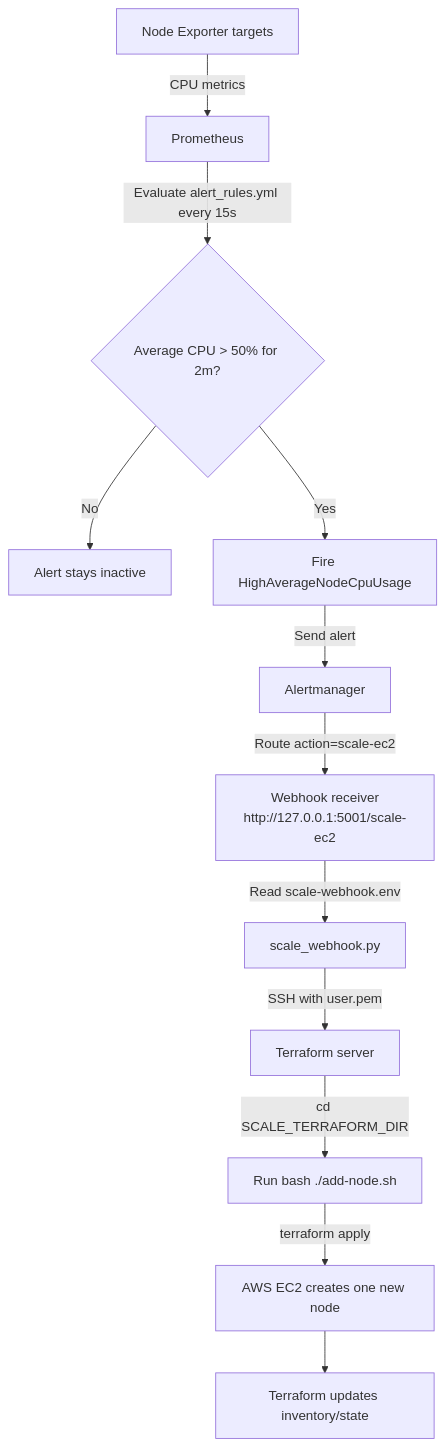
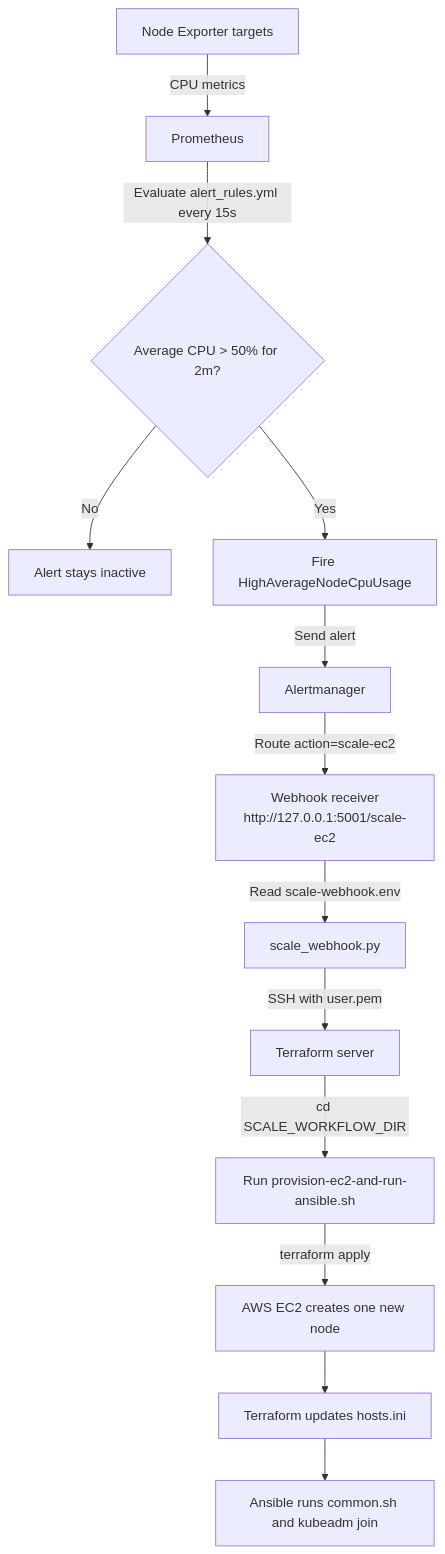
Before and after one commit to kien-devops/cicd-ecr-kube-ec2-gitaction: the diagram in alertmanager/README.md, drawn with Mermaid. The commit also changed other lines of this file and 7 other files, not shown here.

Commit message:
bắn alert scale node ec2 join vào cụm k8s

````diff
--- a/alertmanager/README.md
+++ b/alertmanager/README.md
@@ -11,14 +11,15 @@
 ```mermaid
 flowchart TD
     A[Node Exporter targets] -->|CPU metrics| B[Prometheus]
     B -->|Evaluate alert_rules.yml every 15s| C{Average CPU > 50% for 2m?}
     C -->|No| D[Alert stays inactive]
     C -->|Yes| E[Fire HighAverageNodeCpuUsage]
     E -->|Send alert| F[Alertmanager]
     F -->|Route action=scale-ec2| G[Webhook receiver<br/>http://127.0.0.1:5001/scale-ec2]
     G -->|Read scale-webhook.env| H[scale_webhook.py]
     H -->|SSH with user.pem| I[Terraform server]
-    I -->|cd SCALE_TERRAFORM_DIR| J[Run bash ./add-node.sh]
+    I -->|cd SCALE_WORKFLOW_DIR| J[Run provision-ec2-and-run-ansible.sh]
     J -->|terraform apply| K[AWS EC2 creates one new node]
-    K --> L[Terraform updates inventory/state]
+    K --> L[Terraform updates hosts.ini]
+    L --> M[Ansible runs common.sh and kubeadm join]
 ```
````
